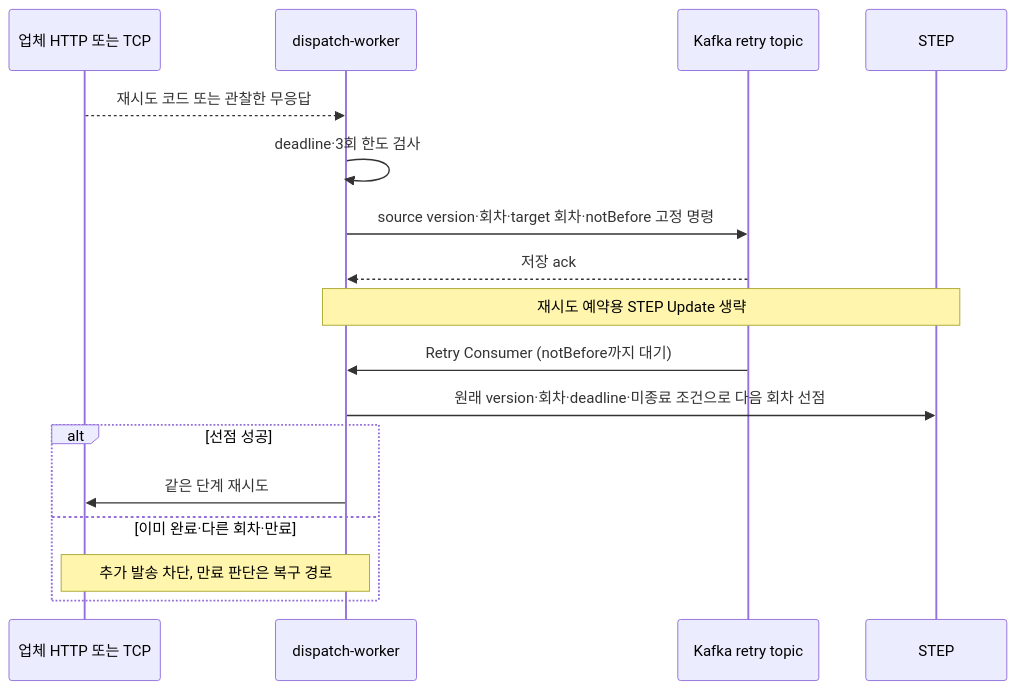
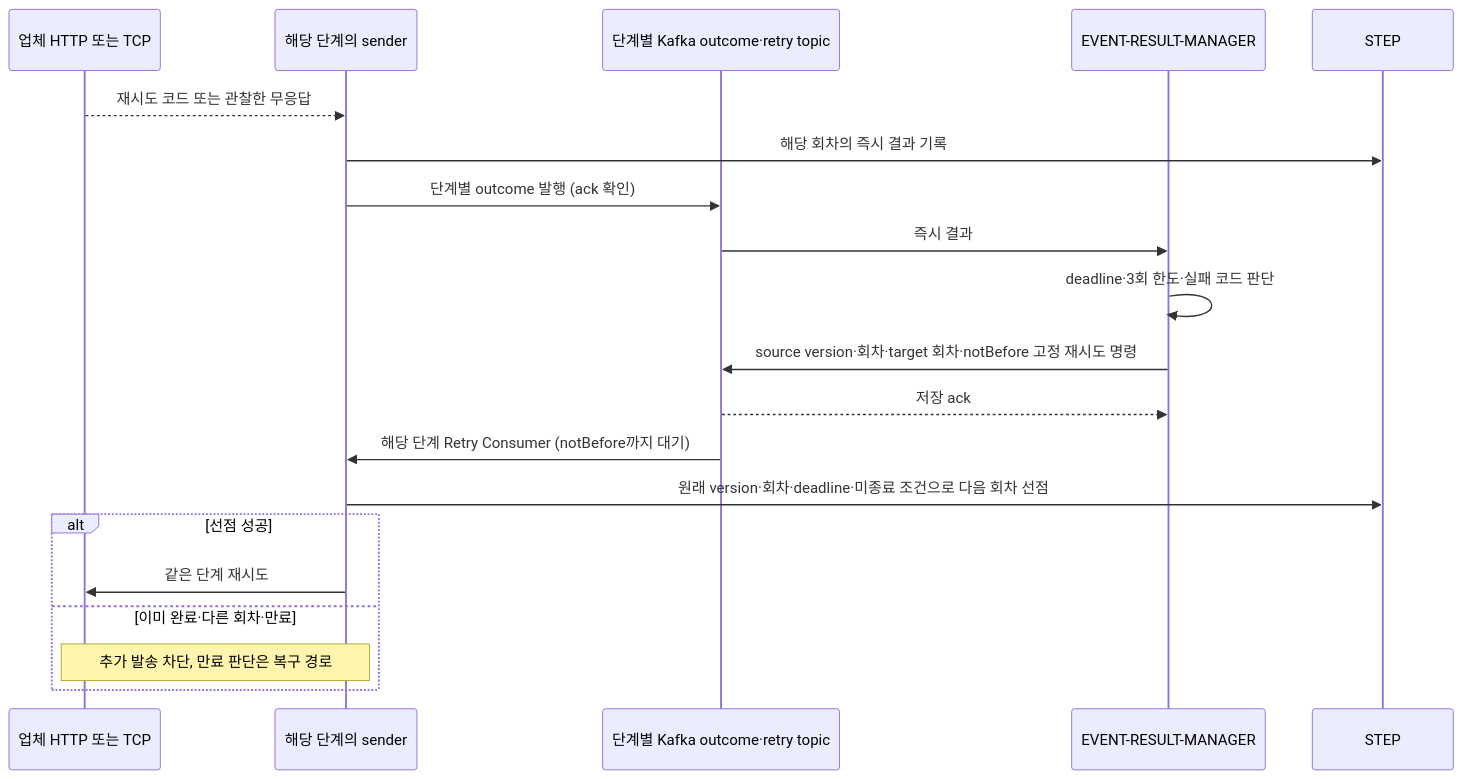
Before and after one commit to hyun-seung/High-throughput-event-platform: the second of 4 diagrams in docs/04-요청-접수부터-최종-결과까지의-전체-흐름.md, drawn with Mermaid. The commit also changed other lines of this file and 6 other files, not shown here.

````diff
--- a/docs/04-요청-접수부터-최종-결과까지의-전체-흐름.md
+++ b/docs/04-요청-접수부터-최종-결과까지의-전체-흐름.md
@@ -105,19 +106,22 @@
 ```mermaid
 sequenceDiagram
     participant P as 업체 HTTP 또는 TCP
-    participant S as dispatch-worker
-    participant K as Kafka retry topic
+    participant S as 해당 단계의 sender
+    participant K as 단계별 Kafka outcome·retry topic
+    participant M as EVENT-RESULT-MANAGER
     participant D as STEP
     P-->>S: 재시도 코드 또는 관찰한 무응답
-    S->>S: deadline·3회 한도 검사
-    S->>K: source version·회차·target 회차·notBefore 고정 명령
-    K-->>S: 저장 ack
-    Note over S,D: 재시도 예약용 STEP Update 생략
-    K->>S: Retry Consumer (notBefore까지 대기)
+    S->>D: 해당 회차의 즉시 결과 기록
+    S->>K: 단계별 outcome 발행 (ack 확인)
+    K->>M: 즉시 결과
+    M->>M: deadline·3회 한도·실패 코드 판단
+    M->>K: source version·회차·target 회차·notBefore 고정 재시도 명령
+    K-->>M: 저장 ack
+    K->>S: 해당 단계 Retry Consumer (notBefore까지 대기)
     S->>D: 원래 version·회차·deadline·미종료 조건으로 다음 회차 선점
     alt 선점 성공
         S->>P: 같은 단계 재시도
     else 이미 완료·다른 회차·만료
         Note over S,P: 추가 발송 차단, 만료 판단은 복구 경로
     end
 ```
````
